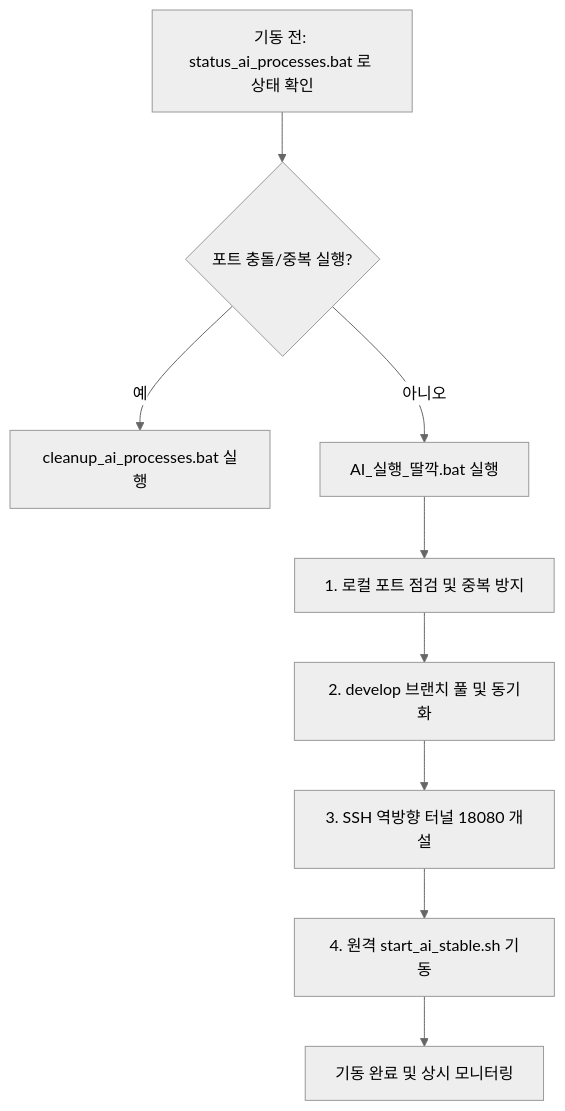
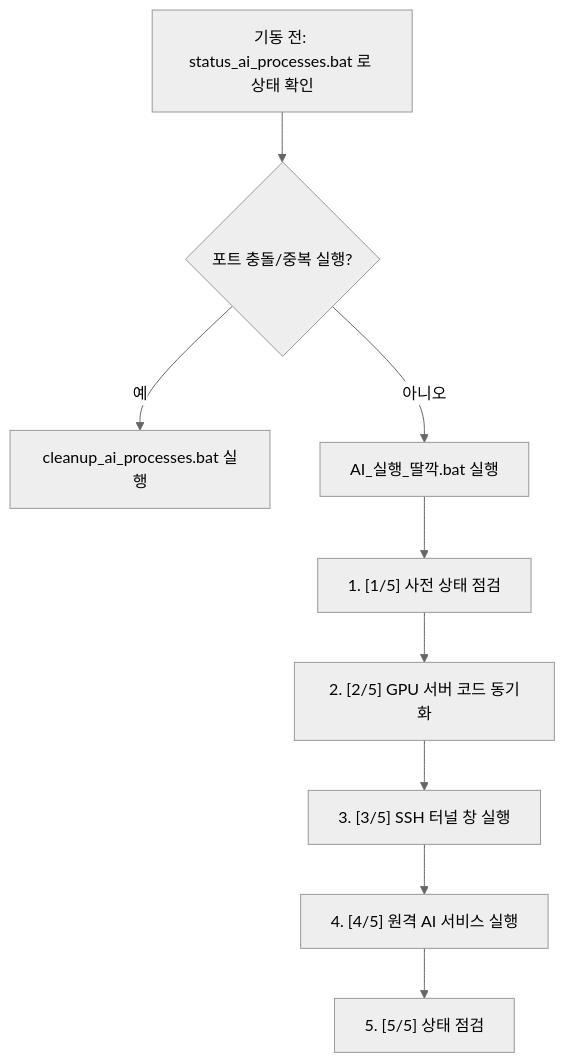
The diagram in docs/bat_process_lifecycle_guide.md (strangeRookies/ai), drawn with Mermaid (neutral theme) before and after one commit.

Commit message:
docs: Update step diagram labels in lifecycle guide

````diff
--- a/docs/bat_process_lifecycle_guide.md
+++ b/docs/bat_process_lifecycle_guide.md
@@ -24,11 +24,11 @@
 ```mermaid
 graph TD
     A[기동 전: status_ai_processes.bat 로 상태 확인] --> B{포트 충돌/중복 실행?}
     B -- 예 --> C[cleanup_ai_processes.bat 실행]
     B -- 아니오 --> D[AI_실행_딸깍.bat 실행]
-    D --> E[1. 로컬 포트 점검 및 중복 방지]
-    E --> F[2. develop 브랜치 풀 및 동기화]
-    F --> G[3. SSH 역방향 터널 18080 개설]
-    G --> H[4. 원격 start_ai_stable.sh 기동]
-    H --> I[기동 완료 및 상시 모니터링]
+    D --> E["1. [1/5] 사전 상태 점검"]
+    E --> F["2. [2/5] GPU 서버 코드 동기화"]
+    F --> G["3. [3/5] SSH 터널 창 실행"]
+    G --> H["4. [4/5] 원격 AI 서비스 실행"]
+    H --> I["5. [5/5] 상태 점검"]
 ```
````
